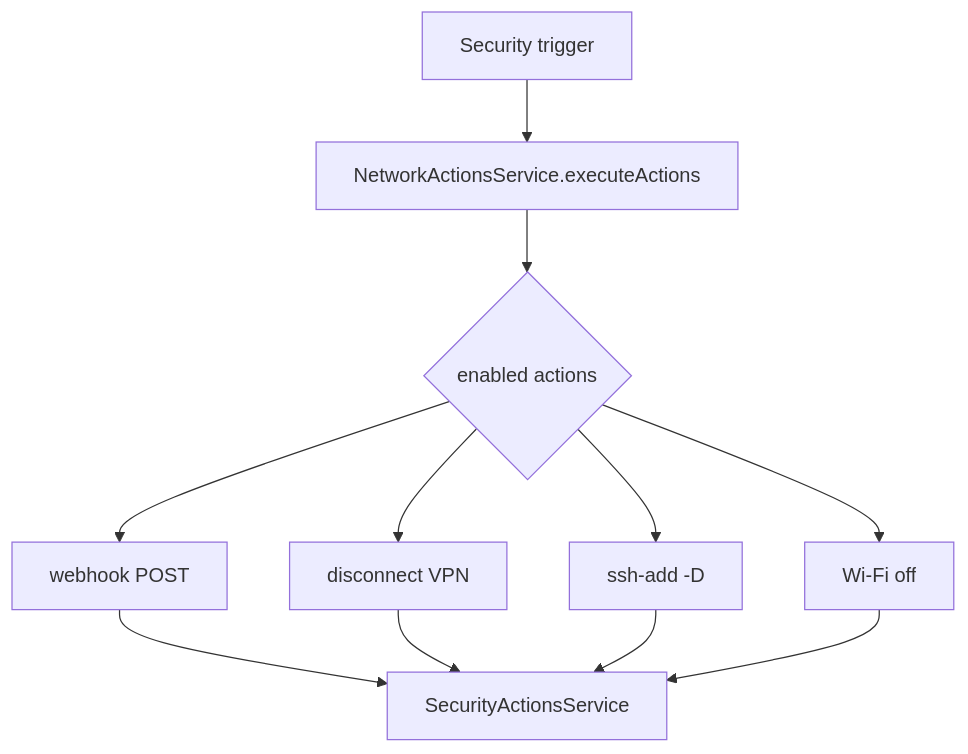
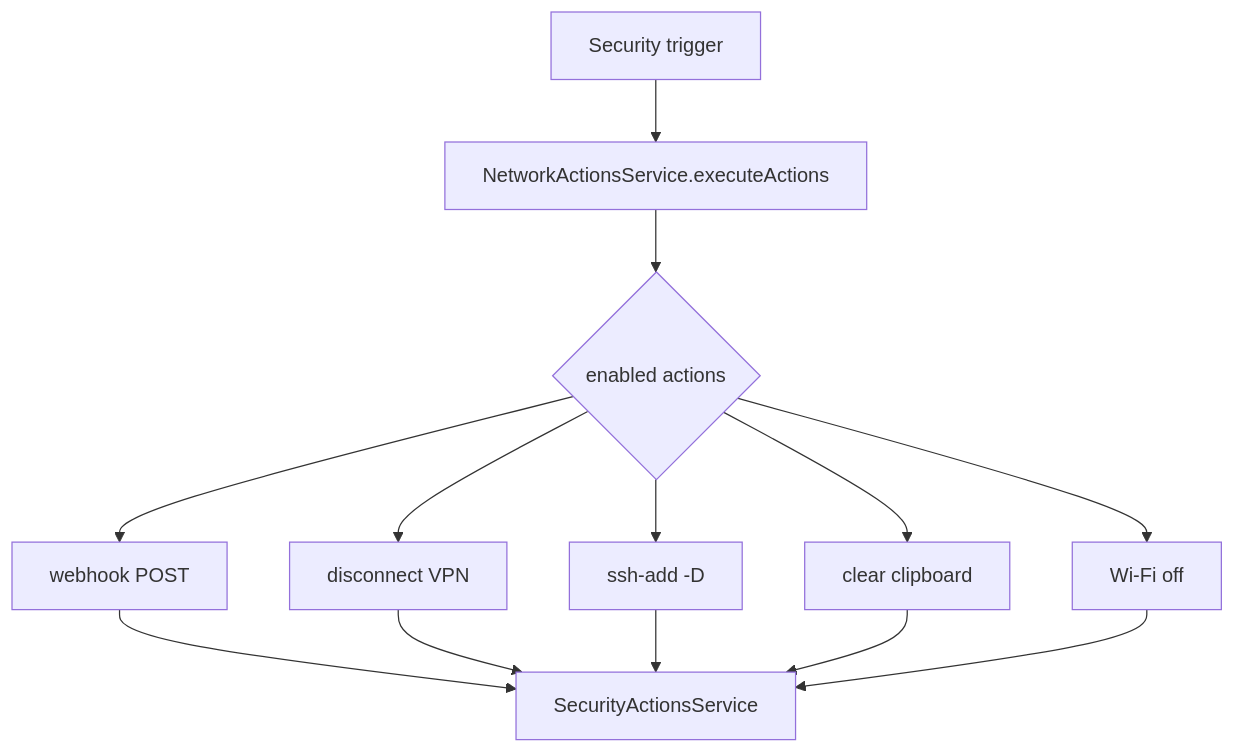
The fifth of 8 diagrams in docs/features/operating-modes.md (sutz2001/MagSafe-BusKill), drawn with Mermaid before and after one commit. The commit also changed other lines of this file and 46 other files, not shown here.

````diff
--- a/docs/features/operating-modes.md
+++ b/docs/features/operating-modes.md
@@ -222,13 +245,15 @@
 ```mermaid
 flowchart TD
     TR[Security trigger] --> NA[NetworkActionsService.executeActions]
     NA --> W{enabled actions}
     W --> WH[webhook POST]
     W --> VPN[disconnect VPN]
     W --> SSH[ssh-add -D]
+    W --> CLIP[clear clipboard]
     W --> WIFI[Wi-Fi off]
     WH --> SA[SecurityActionsService]
     VPN --> SA
     SSH --> SA
+    CLIP --> SA
     WIFI --> SA
 ```
````
